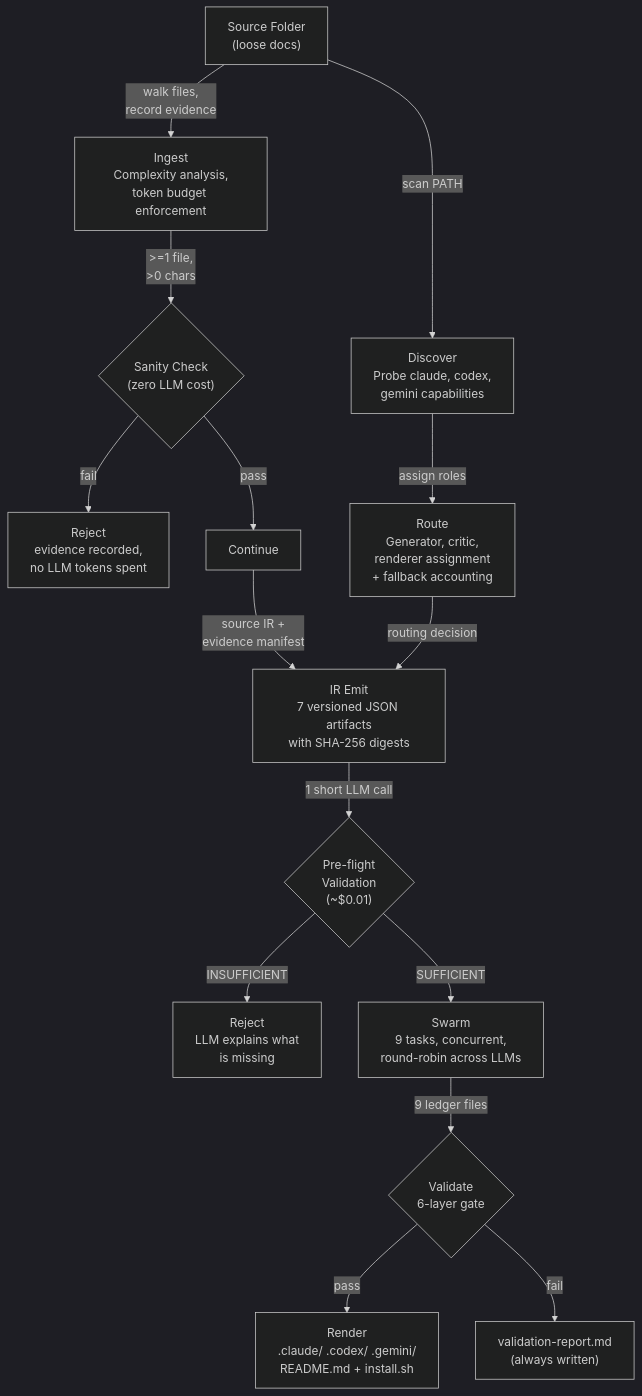
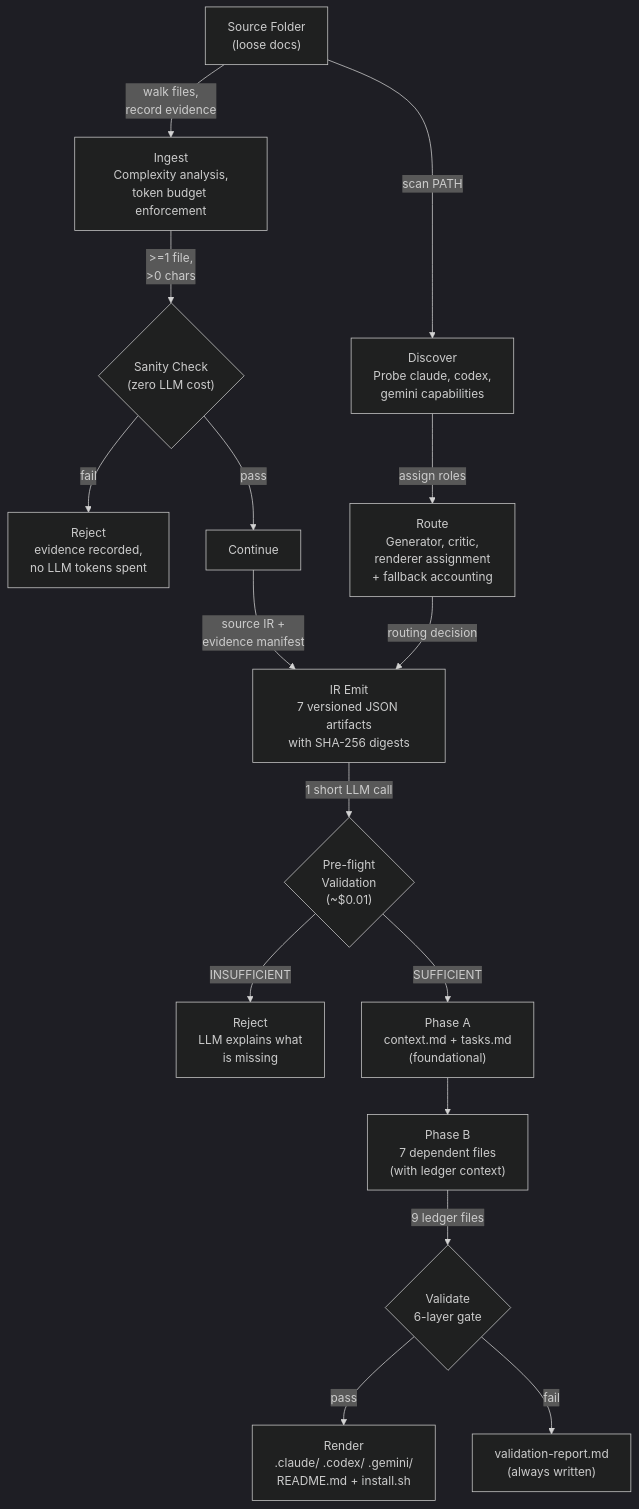
Before and after one commit to op7ic/SwarmMaker: the second of 3 diagrams in README.md, drawn with Mermaid (dark theme). The commit also changed other lines of this file and 1 other file, not shown here.

````diff
--- a/README.md
+++ b/README.md
@@ -42,17 +46,18 @@
 ```mermaid
 graph TD
     SRC["Source Folder<br/>(loose docs)"] -->|walk files,<br/>record evidence| INGEST["Ingest<br/>Complexity analysis,<br/>token budget enforcement"]
     INGEST -->|>=1 file,<br/>>0 chars| SANITY{"Sanity Check<br/>(zero LLM cost)"}
     SANITY -->|fail| REJECT["Reject<br/>evidence recorded,<br/>no LLM tokens spent"]
     SANITY -->|pass| DISC_STEP["Continue"]
     SRC -->|scan PATH| DISC["Discover<br/>Probe claude, codex,<br/>gemini capabilities"]
     DISC -->|assign roles| ROUTE["Route<br/>Generator, critic,<br/>renderer assignment<br/>+ fallback accounting"]
     DISC_STEP -->|source IR +<br/>evidence manifest| IR["IR Emit<br/>7 versioned JSON artifacts<br/>with SHA-256 digests"]
     ROUTE -->|routing decision| IR
     IR -->|1 short LLM call| PREFLIGHT{"Pre-flight<br/>Validation<br/>(~$0.01)"}
     PREFLIGHT -->|INSUFFICIENT| REJECT2["Reject<br/>LLM explains what<br/>is missing"]
-    PREFLIGHT -->|SUFFICIENT| SWARM["Swarm<br/>9 tasks, concurrent,<br/>round-robin across LLMs"]
-    SWARM -->|9 ledger files| VALID{"Validate<br/>6-layer gate"}
+    PREFLIGHT -->|SUFFICIENT| PHASE_A["Phase A<br/>context.md + tasks.md<br/>(foundational)"]
+    PHASE_A --> PHASE_B["Phase B<br/>7 dependent files<br/>(with ledger context)"]
+    PHASE_B -->|9 ledger files| VALID{"Validate<br/>6-layer gate"}
     VALID -->|pass| RENDER["Render<br/>.claude/ .codex/ .gemini/<br/>README.md + install.sh"]
     VALID -->|fail| REPORT["validation-report.md<br/>(always written)"]
 ```
````
